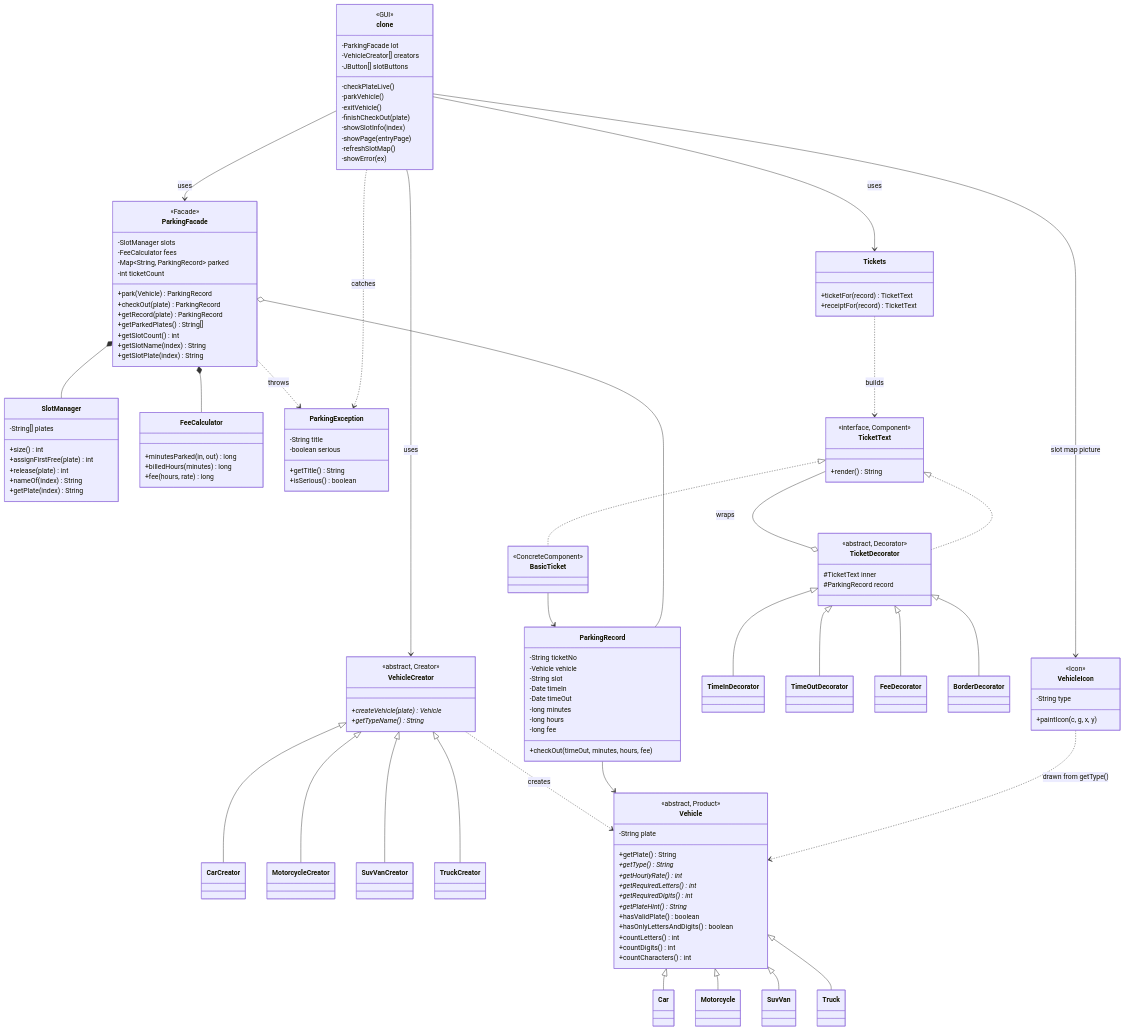
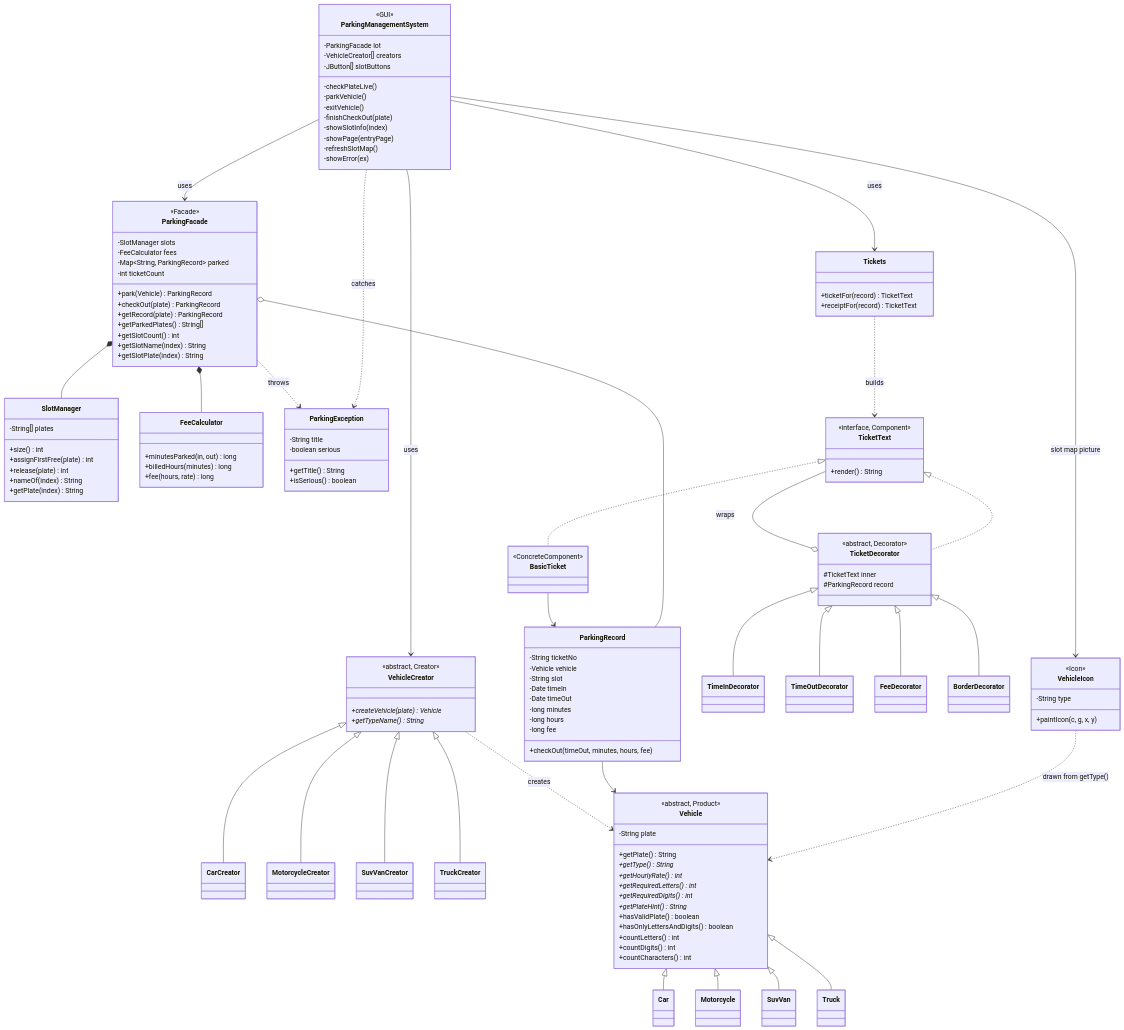
One commit to yuejiuu/parking-mgmt-sys changed the diagram in src/class_diagram.mermaid. Above: the diagram before and after it, drawn with Mermaid. The commit also changed 60 other files, not shown here.

Commit message:
Rename clone back to ParkingManagementSystem; update README and diagram

```diff
--- a/src/class_diagram.mermaid
+++ b/src/class_diagram.mermaid
@@ -1,156 +1,156 @@
 classDiagram
     direction TB
 
-    class clone {
+    class ParkingManagementSystem {
         <<GUI>>
         -ParkingFacade lot
         -VehicleCreator[] creators
         -JButton[] slotButtons
         -checkPlateLive()
         -parkVehicle()
         -exitVehicle()
         -finishCheckOut(plate)
         -showSlotInfo(index)
         -showPage(entryPage)
         -refreshSlotMap()
         -showError(ex)
     }
 
     %% ===== FACADE (structural) =====
     class ParkingFacade {
         <<Facade>>
         -SlotManager slots
         -FeeCalculator fees
         -Map~String, ParkingRecord~ parked
         -int ticketCount
         +park(Vehicle) ParkingRecord
         +checkOut(plate) ParkingRecord
         +getRecord(plate) ParkingRecord
         +getParkedPlates() String[]
         +getSlotCount() int
         +getSlotName(index) String
         +getSlotPlate(index) String
     }
     class SlotManager {
         -String[] plates
         +size() int
         +assignFirstFree(plate) int
         +release(plate) int
         +nameOf(index) String
         +getPlate(index) String
     }
     class FeeCalculator {
         +minutesParked(in, out) long
         +billedHours(minutes) long
         +fee(hours, rate) long
     }
     class ParkingRecord {
         -String ticketNo
         -Vehicle vehicle
         -String slot
         -Date timeIn
         -Date timeOut
         -long minutes
         -long hours
         -long fee
         +checkOut(timeOut, minutes, hours, fee)
     }
     class ParkingException {
         -String title
         -boolean serious
         +getTitle() String
         +isSerious() boolean
     }
 
     %% ===== FACTORY METHOD (creational) =====
     class VehicleCreator {
         <<abstract, Creator>>
         +createVehicle(plate)* Vehicle
         +getTypeName()* String
     }
     class CarCreator
     class MotorcycleCreator
     class SuvVanCreator
     class TruckCreator
 
     class Vehicle {
         <<abstract, Product>>
         -String plate
         +getPlate() String
         +getType()* String
         +getHourlyRate()* int
         +getRequiredLetters()* int
         +getRequiredDigits()* int
         +getPlateHint()* String
         +hasValidPlate() boolean
         +hasOnlyLettersAndDigits() boolean
         +countLetters() int
         +countDigits() int
         +countCharacters() int
     }
     class Car
     class Motorcycle
     class SuvVan
     class Truck
 
     %% ===== DECORATOR (structural) =====
     class TicketText {
         <<interface, Component>>
         +render() String
     }
     class BasicTicket {
         <<ConcreteComponent>>
     }
     class TicketDecorator {
         <<abstract, Decorator>>
         #TicketText inner
         #ParkingRecord record
     }
     class TimeInDecorator
     class TimeOutDecorator
     class FeeDecorator
     class BorderDecorator
     class Tickets {
         +ticketFor(record) TicketText
         +receiptFor(record) TicketText
     }
 
     class VehicleIcon {
         <<Icon>>
         -String type
         +paintIcon(c, g, x, y)
     }
 
     %% ===== Relationships =====
-    clone --> VehicleIcon : slot map picture
+    ParkingManagementSystem --> VehicleIcon : slot map picture
     VehicleIcon ..> Vehicle : drawn from getType()
-    clone --> ParkingFacade : uses
-    clone --> VehicleCreator : uses
-    clone --> Tickets : uses
-    clone ..> ParkingException : catches
+    ParkingManagementSystem --> ParkingFacade : uses
+    ParkingManagementSystem --> VehicleCreator : uses
+    ParkingManagementSystem --> Tickets : uses
+    ParkingManagementSystem ..> ParkingException : catches
 
     ParkingFacade *-- SlotManager
     ParkingFacade *-- FeeCalculator
     ParkingFacade o-- ParkingRecord
     ParkingFacade ..> ParkingException : throws
     ParkingRecord --> Vehicle
 
     VehicleCreator <|-- CarCreator
     VehicleCreator <|-- MotorcycleCreator
     VehicleCreator <|-- SuvVanCreator
     VehicleCreator <|-- TruckCreator
     VehicleCreator ..> Vehicle : creates
     Vehicle <|-- Car
     Vehicle <|-- Motorcycle
     Vehicle <|-- SuvVan
     Vehicle <|-- Truck
 
     TicketText <|.. BasicTicket
     TicketText <|.. TicketDecorator
     TicketDecorator o-- TicketText : wraps
     TicketDecorator <|-- TimeInDecorator
     TicketDecorator <|-- TimeOutDecorator
     TicketDecorator <|-- FeeDecorator
     TicketDecorator <|-- BorderDecorator
     BasicTicket --> ParkingRecord
     Tickets ..> TicketText : builds
```
